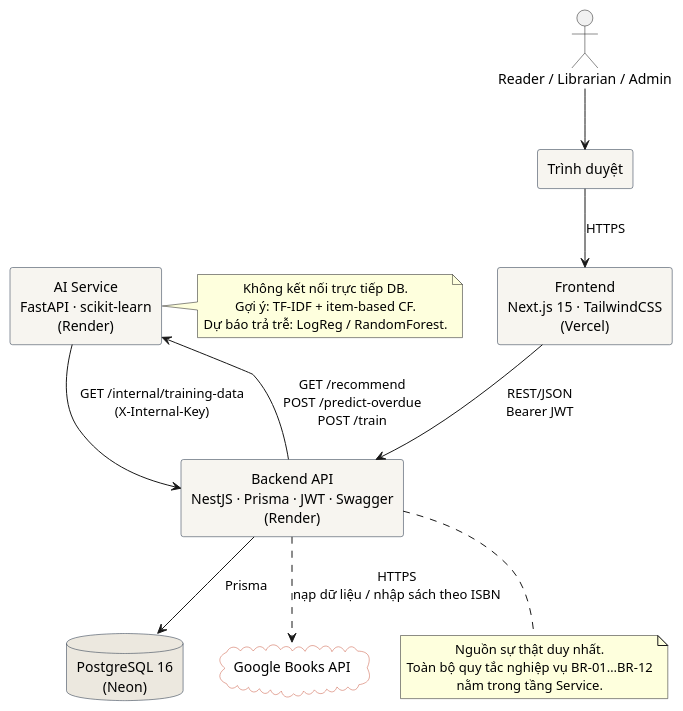
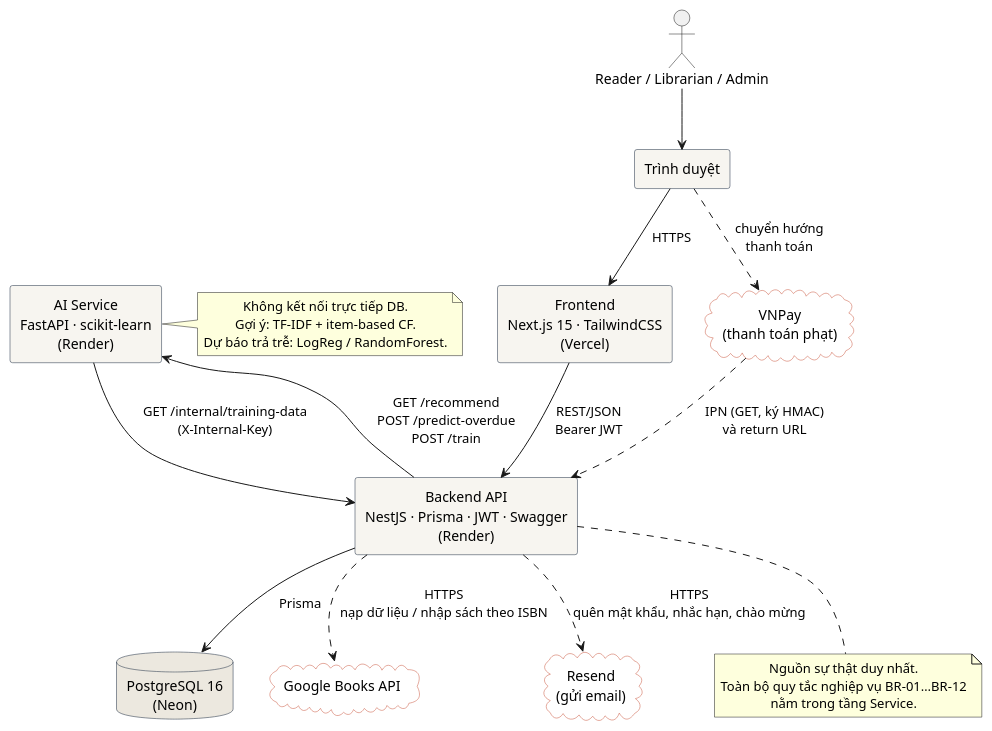
One commit to khoidev2001/university-library-system changed the diagram in docs/uml/system-context.puml. Above: the diagram before and after it, drawn with PlantUML. The commit also changed 9 other files, not shown here.

Commit message:
docs(uml): thêm sequence đặt trước và thanh toán VNPay, cập nhật kiến trúc, bối cảnh, use case

```diff
--- a/docs/uml/system-context.puml
+++ b/docs/uml/system-context.puml
@@ -1,45 +1,50 @@
 @startuml system-context
 ' Sơ đồ bối cảnh hệ thống: SRS mục 2.1
 skinparam componentStyle rectangle
 skinparam defaultTextAlignment center
 skinparam rectangle {
   BackgroundColor #F7F5F0
   BorderColor #1B2A41
 }
 skinparam database {
   BackgroundColor #ECE8DF
   BorderColor #1B2A41
 }
 skinparam cloud {
   BackgroundColor #FFFFFF
   BorderColor #C8553D
 }
 
 actor "Reader / Librarian / Admin" as User
 
 rectangle "Trình duyệt" as Browser
 rectangle "Frontend\nNext.js 15 · TailwindCSS\n(Vercel)" as FE
 rectangle "Backend API\nNestJS · Prisma · JWT · Swagger\n(Render)" as BE
 rectangle "AI Service\nFastAPI · scikit-learn\n(Render)" as AI
 database "PostgreSQL 16\n(Neon)" as DB
 cloud "Google Books API" as GB
+cloud "Resend\n(gửi email)" as RS
+cloud "VNPay\n(thanh toán phạt)" as VN
 
 User --> Browser
 Browser --> FE : HTTPS
 FE --> BE : REST/JSON\nBearer JWT
 BE --> DB : Prisma
 BE --> AI : GET /recommend\nPOST /predict-overdue\nPOST /train
 AI --> BE : GET /internal/training-data\n(X-Internal-Key)
 BE ..> GB : HTTPS\nnạp dữ liệu / nhập sách theo ISBN
+BE ..> RS : HTTPS\nquên mật khẩu, nhắc hạn, chào mừng
+VN ..> BE : IPN (GET, ký HMAC)\nvà return URL
+Browser ..> VN : chuyển hướng\nthanh toán
 
 note right of AI
   Không kết nối trực tiếp DB.
   Gợi ý: TF-IDF + item-based CF.
   Dự báo trả trễ: LogReg / RandomForest.
 end note
 note bottom of BE
   Nguồn sự thật duy nhất.
   Toàn bộ quy tắc nghiệp vụ BR-01…BR-12
   nằm trong tầng Service.
 end note
 @enduml
```
